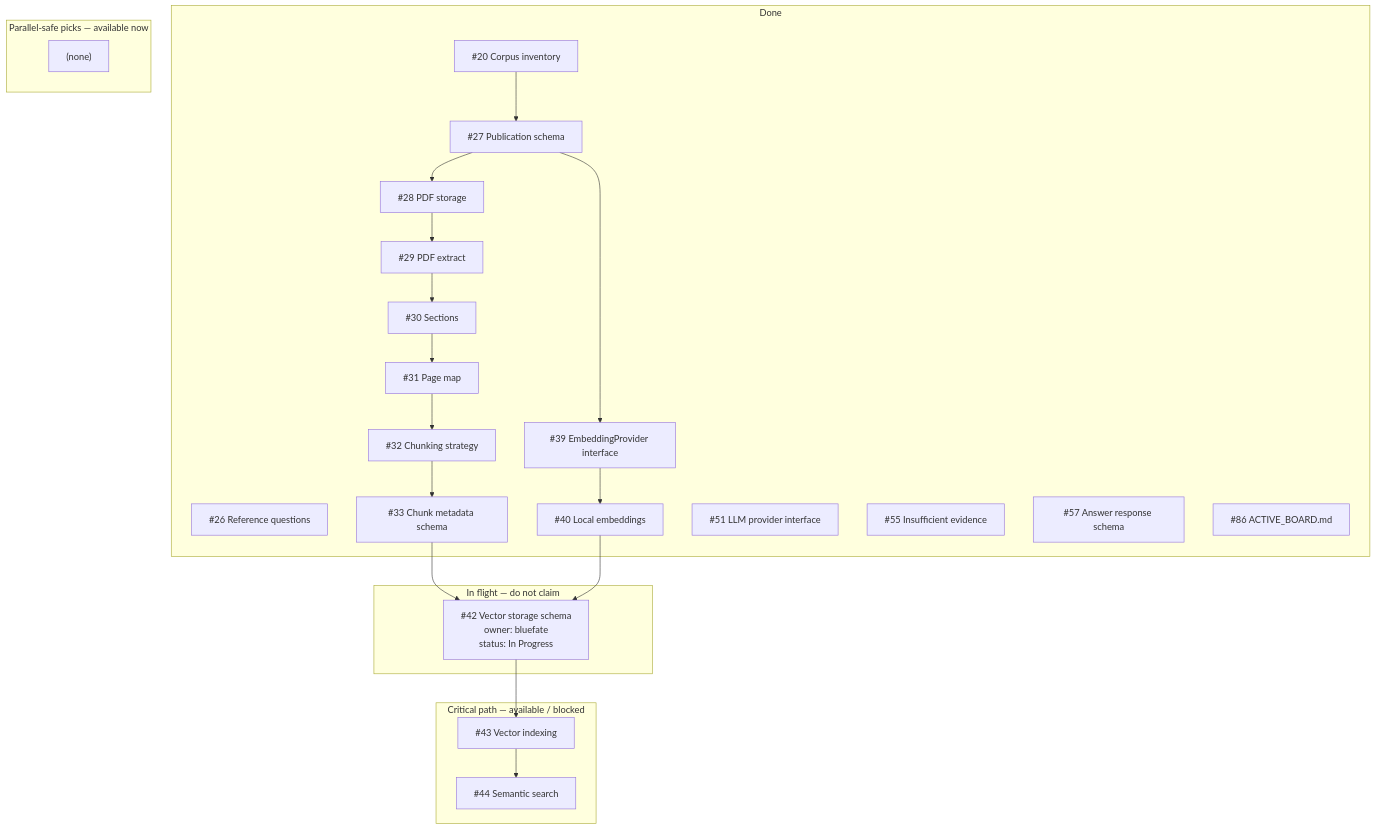
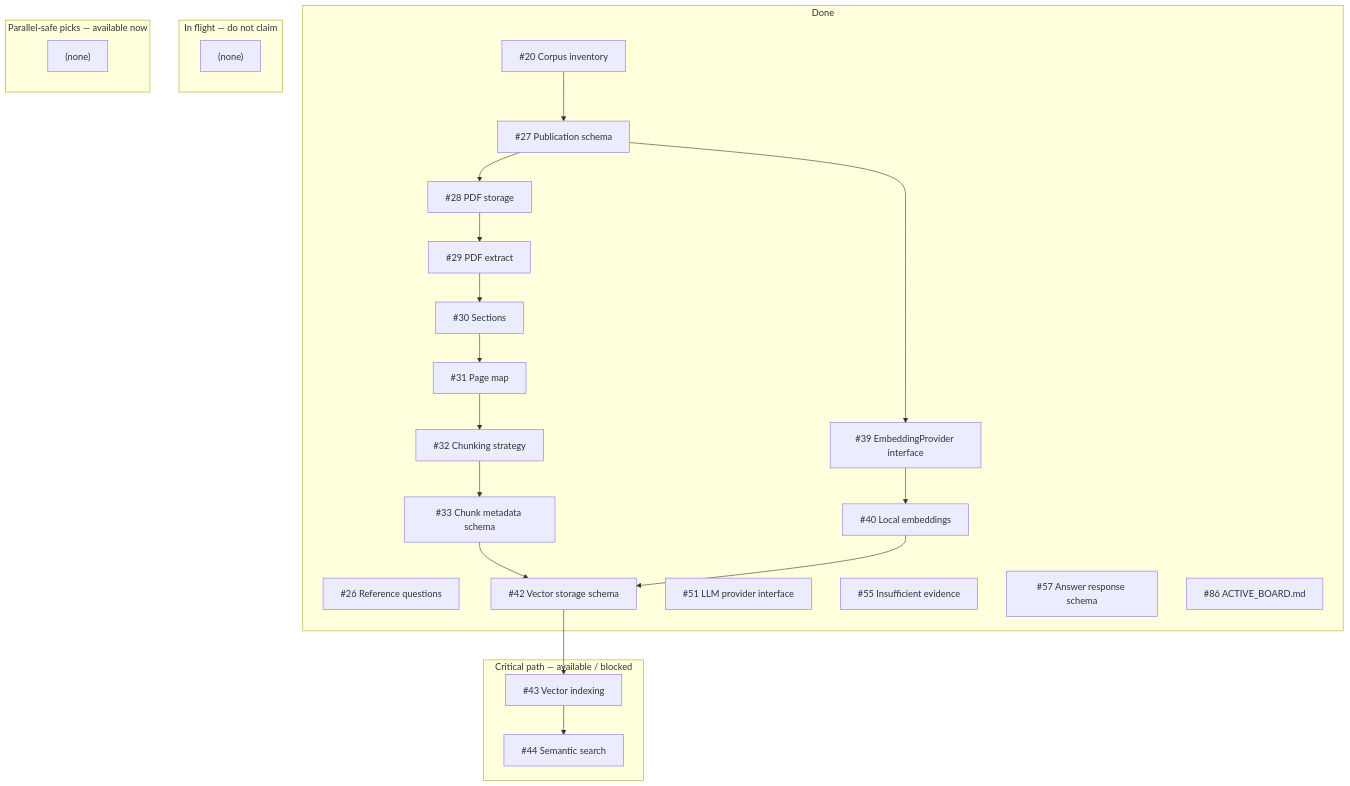
The diagram in docs/development/ACTIVE_BOARD.md (bluefate/spacebio-evidence-engine), drawn with Mermaid before and after one commit. The commit also changed other lines of this file and 6 other files, not shown here.

````diff
--- a/docs/development/ACTIVE_BOARD.md
+++ b/docs/development/ACTIVE_BOARD.md
@@ -62,43 +62,44 @@
 ```mermaid
 flowchart TB
   subgraph done [Done]
     i20["#20 Corpus inventory"]
     i26["#26 Reference questions"]
     i27["#27 Publication schema"]
     i28["#28 PDF storage"]
     i29["#29 PDF extract"]
     i30["#30 Sections"]
     i31["#31 Page map"]
     i32["#32 Chunking strategy"]
     i33["#33 Chunk metadata schema"]
     i39["#39 EmbeddingProvider interface"]
     i40["#40 Local embeddings"]
+    i42["#42 Vector storage schema"]
     i51["#51 LLM provider interface"]
     i55["#55 Insufficient evidence"]
     i57["#57 Answer response schema"]
     i86["#86 ACTIVE_BOARD.md"]
   end
   subgraph inflight [In flight — do not claim]
-    i42["#42 Vector storage schema<br/>owner: bluefate<br/>status: In Progress"]
+    inflight_empty["(none)"]
   end
   subgraph nextCritical [Critical path — available / blocked]
     i43["#43 Vector indexing"]
     i44["#44 Semantic search"]
   end
   subgraph nextParallel [Parallel-safe picks — available now]
     nextParallel_empty["(none)"]
   end
   i20 --> i27
   i27 --> i28
   i28 --> i29
   i29 --> i30
   i30 --> i31
   i31 --> i32
   i32 --> i33
   i33 --> i42
   i27 --> i39
   i39 --> i40
   i40 --> i42
   i42 --> i43
   i43 --> i44
 ```
````
